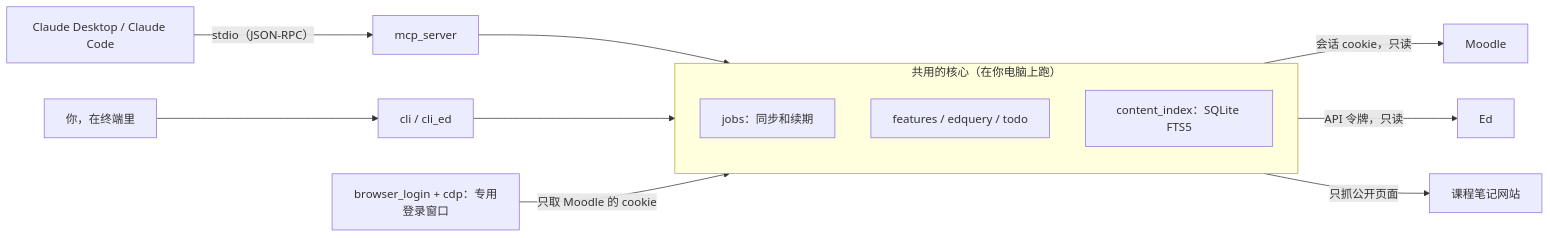
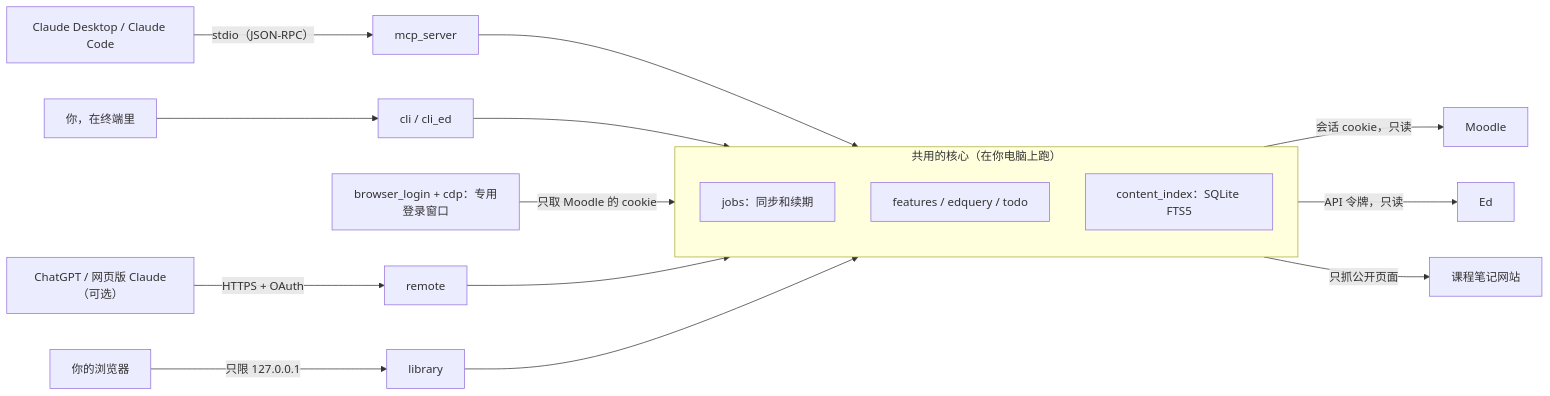
The diagram in README.zh-CN.md (Waldo0926/monash-study-kit), drawn with Mermaid before and after one commit. The commit also changed other lines of this file and 1 other file, not shown here.

First line of the commit message:
README: what's new in 1.4, remote access and the 1.4.1 help change (#23)

````diff
--- a/README.zh-CN.md
+++ b/README.zh-CN.md
@@ -416,16 +421,20 @@
 ```mermaid
 flowchart LR
     Claude["Claude Desktop / Claude Code"] -- "stdio（JSON-RPC）" --> MCP["mcp_server"]
     You["你，在终端里"] --> CLI["cli / cli_ed"]
     MCP --> Core
     CLI --> Core
     subgraph Core["共用的核心（在你电脑上跑）"]
         Jobs["jobs：同步和续期"]
         Query["features / edquery / todo"]
         Index["content_index：SQLite FTS5"]
     end
     Core -- "会话 cookie，只读" --> Moodle["Moodle"]
     Core -- "API 令牌，只读" --> Ed["Ed"]
     Core -- "只抓公开页面" --> Notes["课程笔记网站"]
     Login["browser_login + cdp：专用登录窗口"] -- "只取 Moodle 的 cookie" --> Core
+    Web["ChatGPT / 网页版 Claude（可选）"] -- "HTTPS + OAuth" --> Remote["remote"]
+    Remote --> Core
+    Browser["你的浏览器"] -- "只限 127.0.0.1" --> Library["library"]
+    Library --> Core
 ```
````
